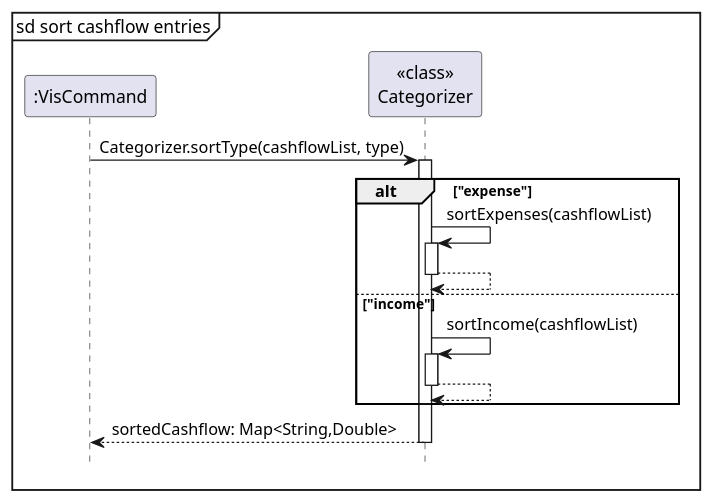
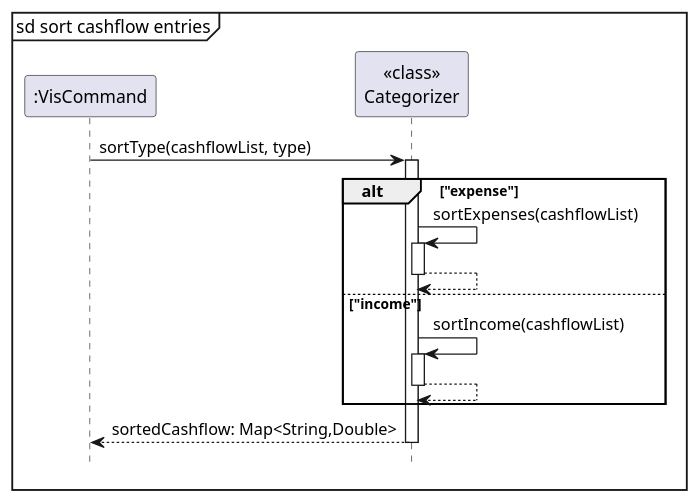
Before and after one commit to nus-cs2113-AY2324S1/tp: the diagram in docs/diagrams/vis/categorizerSequence.puml, drawn with PlantUML. The commit also changed 5 other files, not shown here.

Commit message:
Fix Vis diagrams

```diff
--- a/docs/diagrams/vis/categorizerSequence.puml
+++ b/docs/diagrams/vis/categorizerSequence.puml
@@ -1,24 +1,24 @@
 @startuml
 
 mainframe sd sort cashflow entries
 
 autoactivate on
 
 participant ":VisCommand"
 participant "<<class>>\nCategorizer"
 
-":VisCommand"-> "<<class>>\nCategorizer": Categorizer.sortType(cashflowList, type)
+":VisCommand"-> "<<class>>\nCategorizer": sortType(cashflowList, type)
 
 alt "expense"
     "<<class>>\nCategorizer" -> "<<class>>\nCategorizer": sortExpenses(cashflowList)
     return
 else "income"
     "<<class>>\nCategorizer" -> "<<class>>\nCategorizer": sortIncome(cashflowList)
     return
 end
 
 return sortedCashflow: Map<String,Double>
 
 hide footbox
 
 @enduml
```
